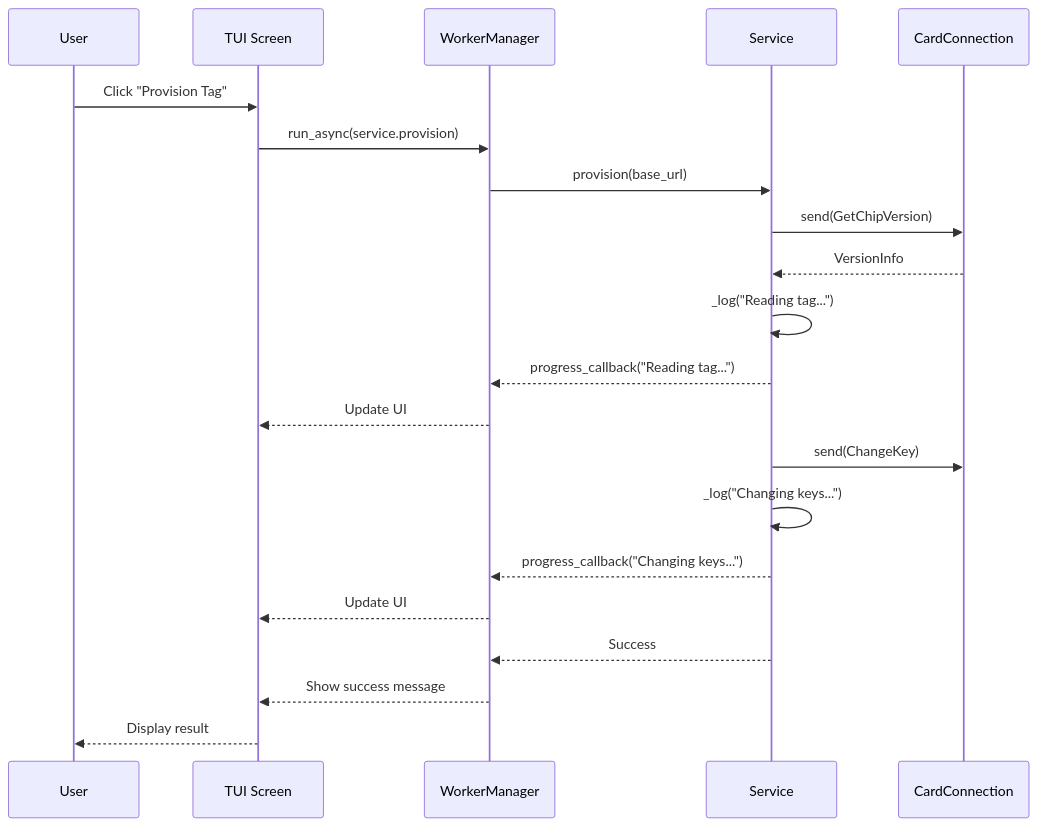
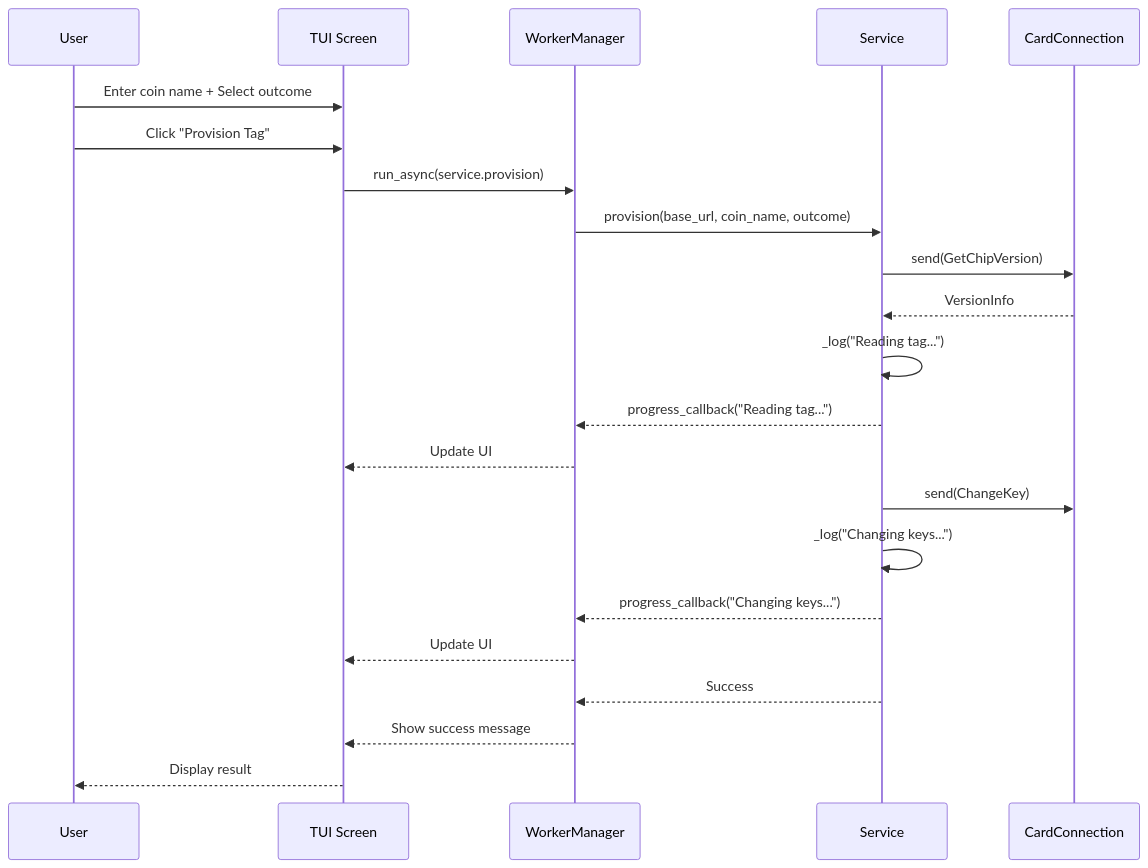
The fourth of 16 diagrams in ntag424_sdm_provisioner/ARCH.md (drusifer/GlobalHeadsOrTails), drawn with Mermaid before and after one commit. The commit also changed other lines of this file and 19 other files, not shown here.

````diff
--- a/ntag424_sdm_provisioner/ARCH.md
+++ b/ntag424_sdm_provisioner/ARCH.md
@@ -176,27 +177,28 @@
 ```mermaid
 sequenceDiagram
     participant User
     participant Screen as TUI Screen
     participant Worker as WorkerManager
     participant Service as Service
     participant Card as CardConnection
-    
+
+    User->>Screen: Enter coin name + Select outcome
     User->>Screen: Click "Provision Tag"
     Screen->>Worker: run_async(service.provision)
-    Worker->>Service: provision(base_url)
-    
+    Worker->>Service: provision(base_url, coin_name, outcome)
+
     Service->>Card: send(GetChipVersion)
     Card-->>Service: VersionInfo
     Service->>Service: _log("Reading tag...")
     Service-->>Worker: progress_callback("Reading tag...")
     Worker-->>Screen: Update UI
-    
+
     Service->>Card: send(ChangeKey)
     Service->>Service: _log("Changing keys...")
     Service-->>Worker: progress_callback("Changing keys...")
     Worker-->>Screen: Update UI
-    
+
     Service-->>Worker: Success
     Worker-->>Screen: Show success message
     Screen-->>User: Display result
 ```
````
